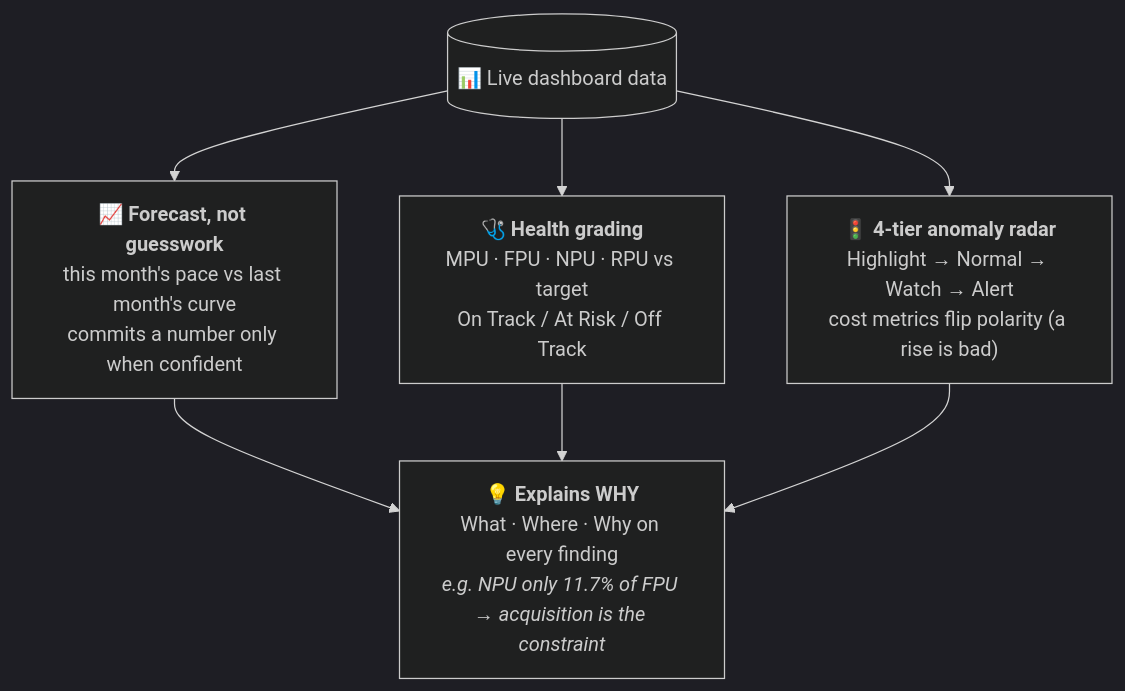
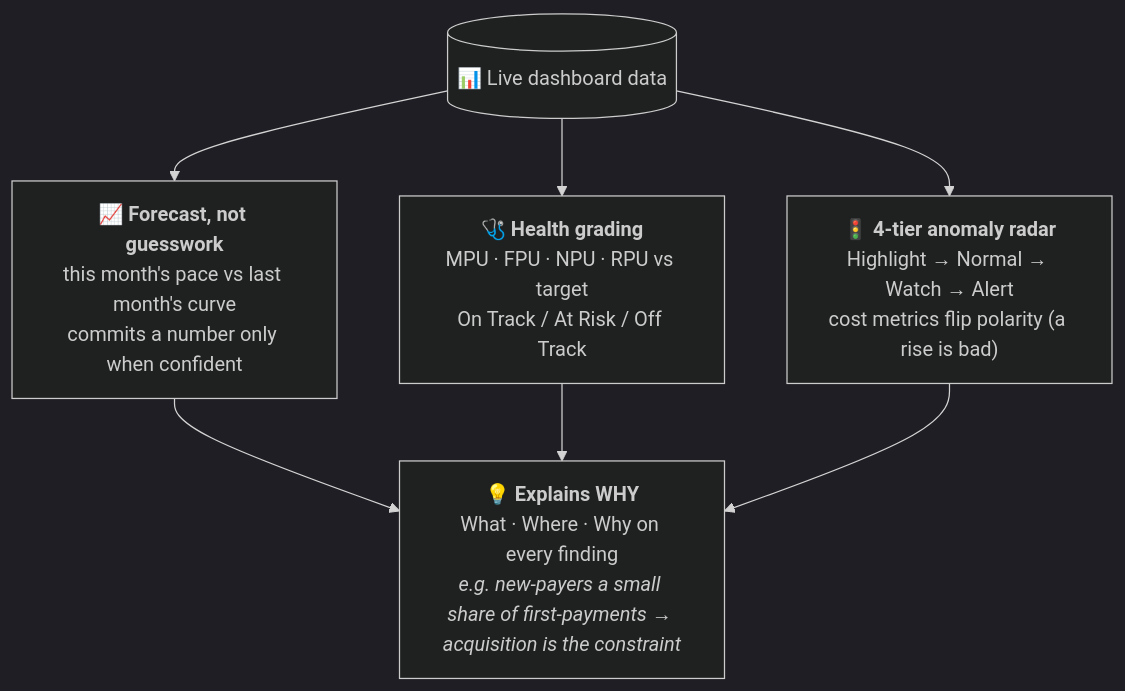
Before and after one commit to thai-max-nguyen/claw-a-thon-demo-agent-mvp: the second of 5 diagrams in README.md, drawn with Mermaid (dark theme). The commit also changed other lines of this file and 14 other files, not shown here.

````diff
--- a/README.md
+++ b/README.md
@@ -93,10 +94,10 @@
 ```mermaid
 flowchart TD
   D[("📊 Live dashboard data")]
   D --> F["📈 <b>Forecast, not guesswork</b><br/>this month's pace vs last month's curve<br/>commits a number only when confident"]
   D --> H["🩺 <b>Health grading</b><br/>MPU · FPU · NPU · RPU vs target<br/>On Track / At Risk / Off Track"]
   D --> A["🚦 <b>4-tier anomaly radar</b><br/>Highlight → Normal → Watch → Alert<br/>cost metrics flip polarity (a rise is bad)"]
-  F --> W["💡 <b>Explains WHY</b><br/>What · Where · Why on every finding<br/><i>e.g. NPU only 11.7% of FPU → acquisition is the constraint</i>"]
+  F --> W["💡 <b>Explains WHY</b><br/>What · Where · Why on every finding<br/><i>e.g. new-payers a small share of first-payments → acquisition is the constraint</i>"]
   H --> W
   A --> W
 ```
````
